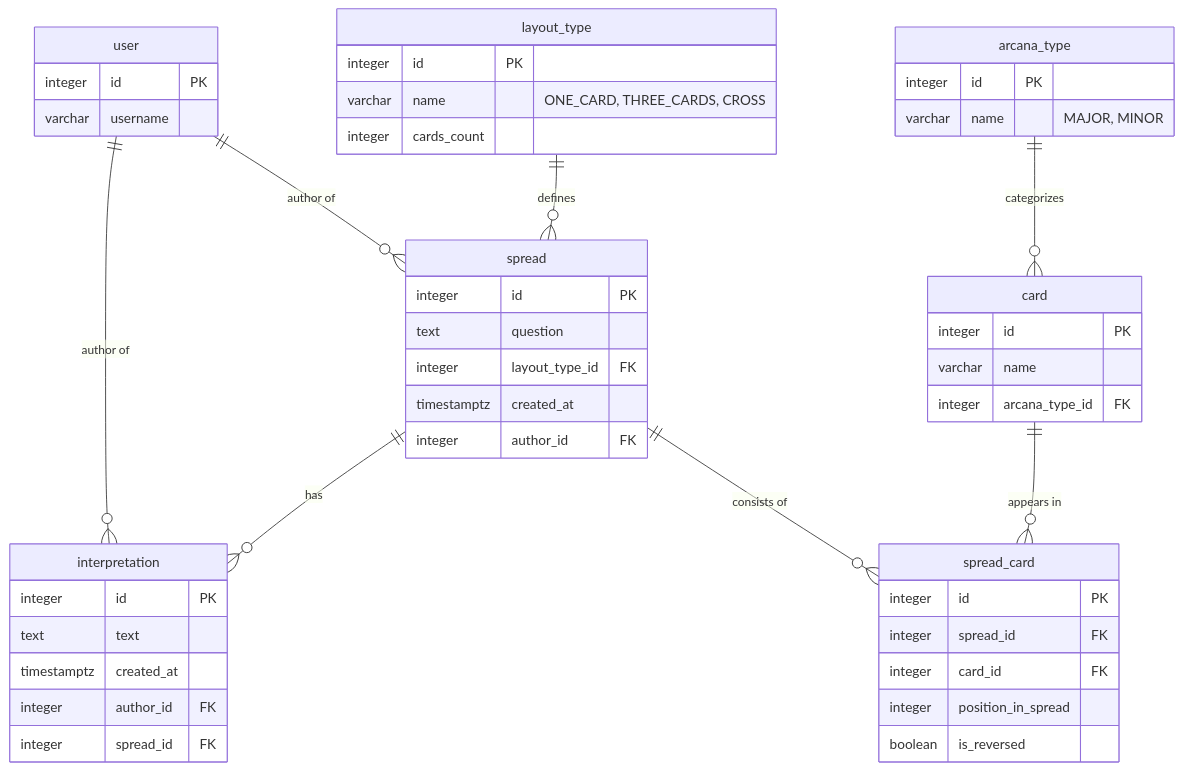
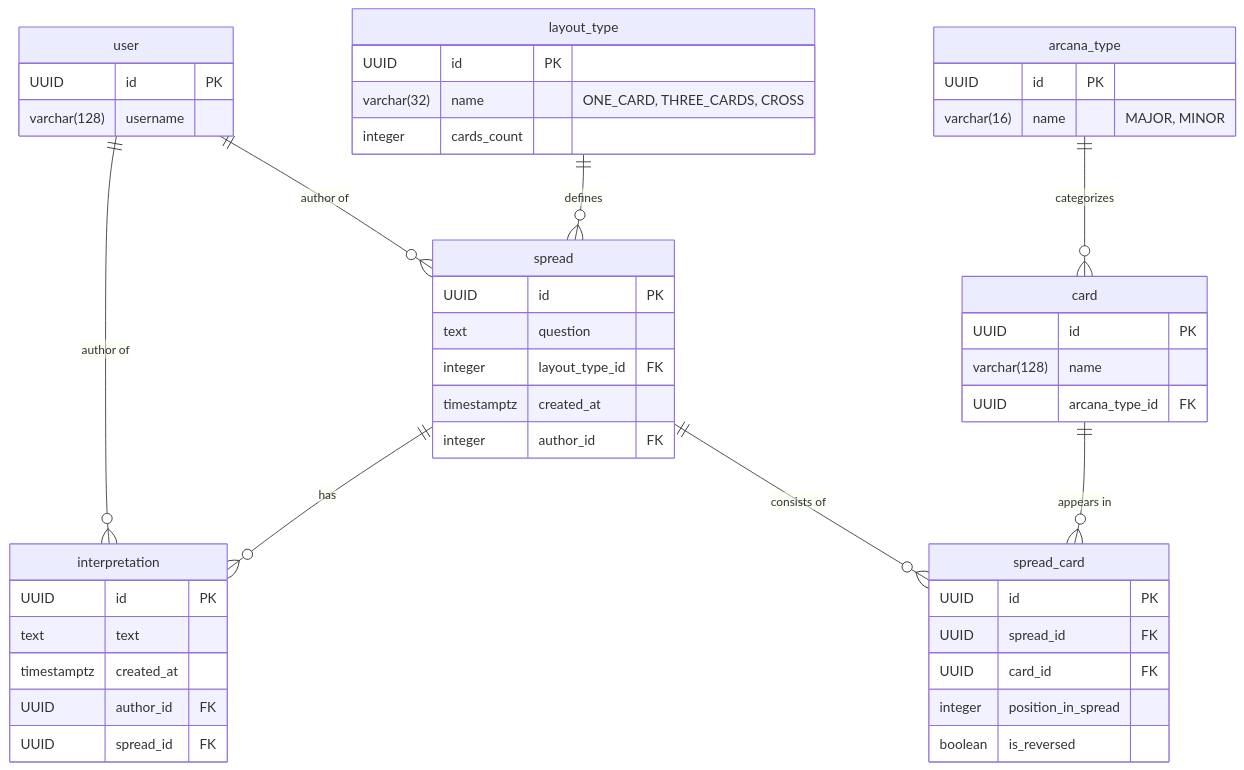
The diagram in README.md (butvinm-itmo/highload), drawn with Mermaid before and after one commit. The commit also changed other lines of this file, not shown here.

Commit message:
Replace integer id with UUID, specify varchar length

````diff
--- a/README.md
+++ b/README.md
@@ -80,66 +80,66 @@
 ```mermaid
 erDiagram
   user {
-    integer id PK
-    varchar username
+    UUID id PK
+    varchar(128) username
   }
 
   layout_type {
-    integer id PK
-    varchar name "ONE_CARD, THREE_CARDS, CROSS"
+    UUID id PK
+    varchar(32) name "ONE_CARD, THREE_CARDS, CROSS"
     integer cards_count
   }
 
   arcana_type {
-    integer id PK
-    varchar name "MAJOR, MINOR"
+    UUID id PK
+    varchar(16) name "MAJOR, MINOR"
   }
 
   spread {
-    integer id PK
+    UUID id PK
     text question
     integer layout_type_id FK
     timestamptz created_at
     integer author_id FK
   }
 
   interpretation {
-    integer id PK
+    UUID id PK
     text text
     timestamptz created_at
-    integer author_id FK
-    integer spread_id FK
+    UUID author_id FK
+    UUID spread_id FK
   }
 
   card {
-    integer id PK
-    varchar name
-    integer arcana_type_id FK
+    UUID id PK
+    varchar(128) name
+    UUID arcana_type_id FK
   }
 
   spread_card {
-    integer id PK
-    integer spread_id FK
-    integer card_id FK
+    UUID id PK
+    UUID spread_id FK
+    UUID card_id FK
     integer position_in_spread
     boolean is_reversed
   }
 
   %% Relationships
   user ||--o{ spread : "author of"
   user ||--o{ interpretation : "author of"
   spread ||--o{ interpretation : "has"
   spread ||--o{ spread_card : "consists of"
   card ||--o{ spread_card : "appears in"
   layout_type ||--o{ spread : "defines"
   arcana_type ||--o{ card : "categorizes"
 
   %% Additional notes about relationships:
   %% - user to spread: One-to-Many (один пользователь может создать много раскладов)
   %% - user to interpretation: One-to-Many (один пользователь может написать много интерпретаций)
   %% - spread to interpretation: One-to-Many (один расклад может иметь много интерпретаций)
   %% - spread to card: Many-to-Many через spread_card (расклад может содержать много карт, карта может появляться во многих раскладах)
   %% - layout_type to spread: One-to-Many (один тип раскладки может использоваться во многих раскладах)
   %% - arcana_type to card: One-to-Many (один тип арканов может включать много карт)
   %% - Unique constraint: author_id + spread_id в таблице interpretation (один пользователь - одна интерпретация на расклад)
 ```
````
